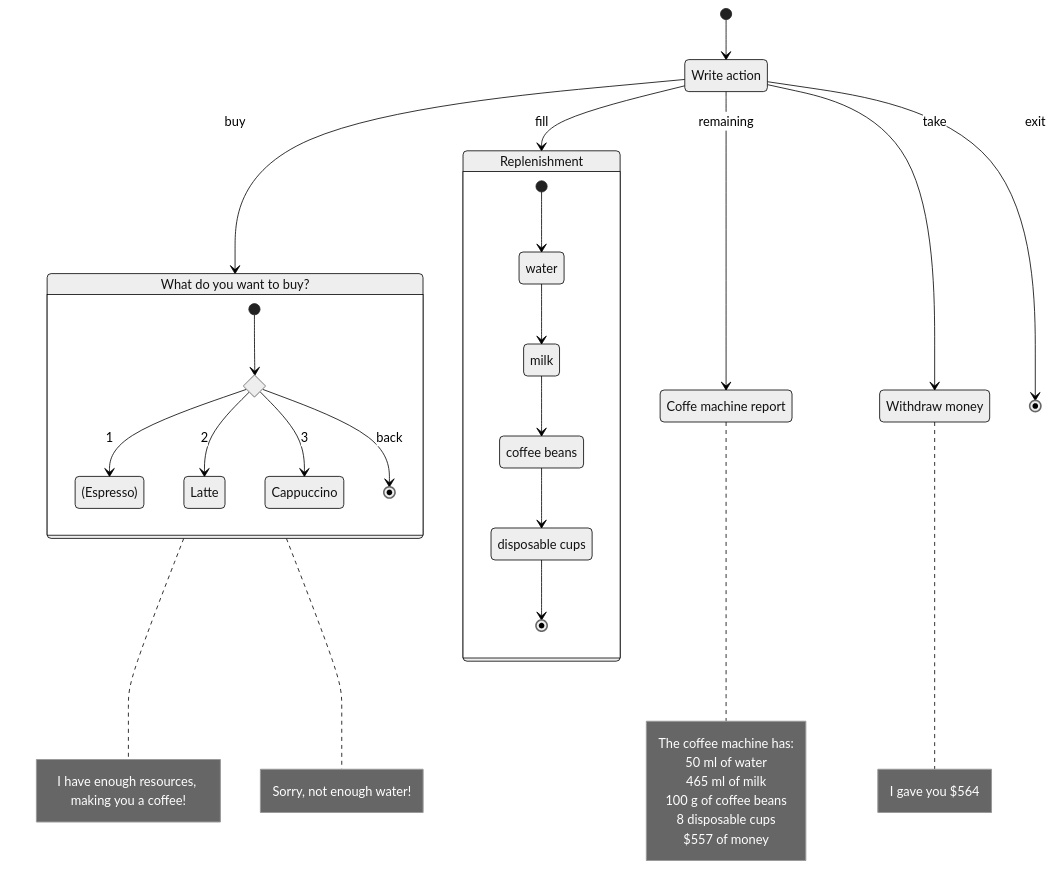
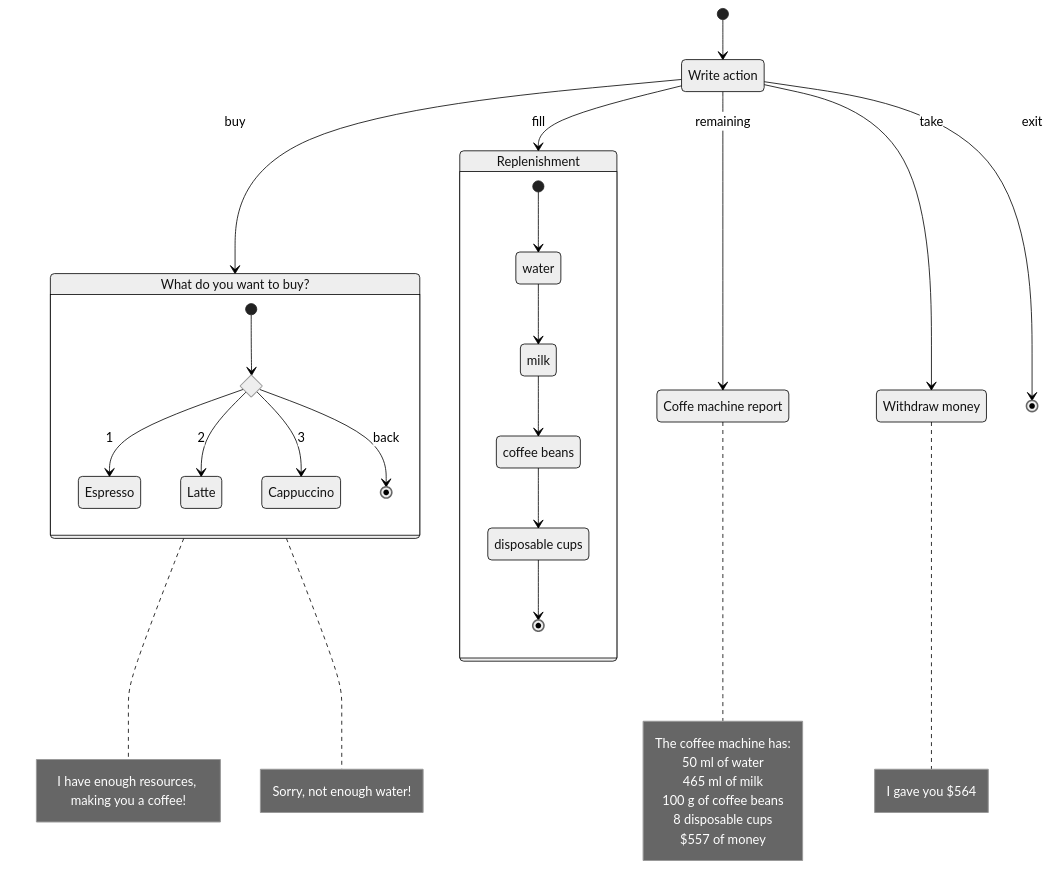
The diagram in README.md (rabestro/coffee-machine), drawn with Mermaid (neutral theme) before and after one commit.

````diff
--- a/README.md
+++ b/README.md
@@ -7,51 +7,51 @@
 ```mermaid
 stateDiagram-v2
     Menu: Write action
 
     Buy: What do you want to buy?
     state Buy {
         state coffee <<choice>> 
-            coffee --> (Espresso): 1
+            coffee --> Espresso: 1
             coffee --> Latte : 2
             coffee --> Cappuccino: 3
             coffee --> [*]: back
         [*] --> coffee
     }
     note right of Buy
         I have enough resources, making you a coffee!
     end note
     note right of Buy
         Sorry, not enough water!
     end note
     
     Fill: Replenishment
     state Fill {
         beans: coffee beans
         cups: disposable cups
         [*] --> water
         water --> milk
         milk --> beans
         beans --> cups
         cups --> [*]
     }
 
     Remaining: Coffe machine report
     note right of Remaining
         The coffee machine has:
         50 ml of water
         465 ml of milk
         100 g of coffee beans
         8 disposable cups
         $557 of money
     end note
 
     Take: Withdraw money
     note right of Take: I gave you $564
 
     [*] --> Menu
     Menu --> Buy : buy
     Menu --> Fill: fill
     Menu --> Remaining: remaining 
     Menu --> Take: take
     Menu --> [*] : exit
 ```
````
